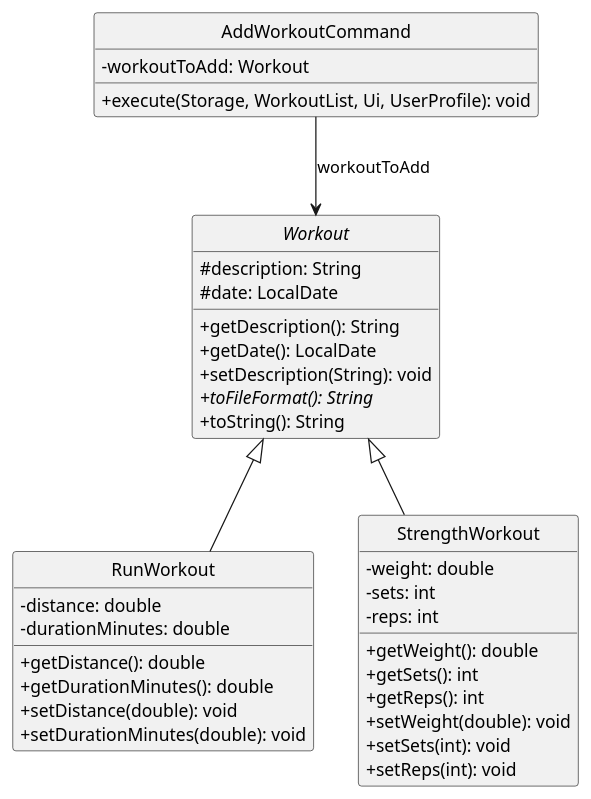
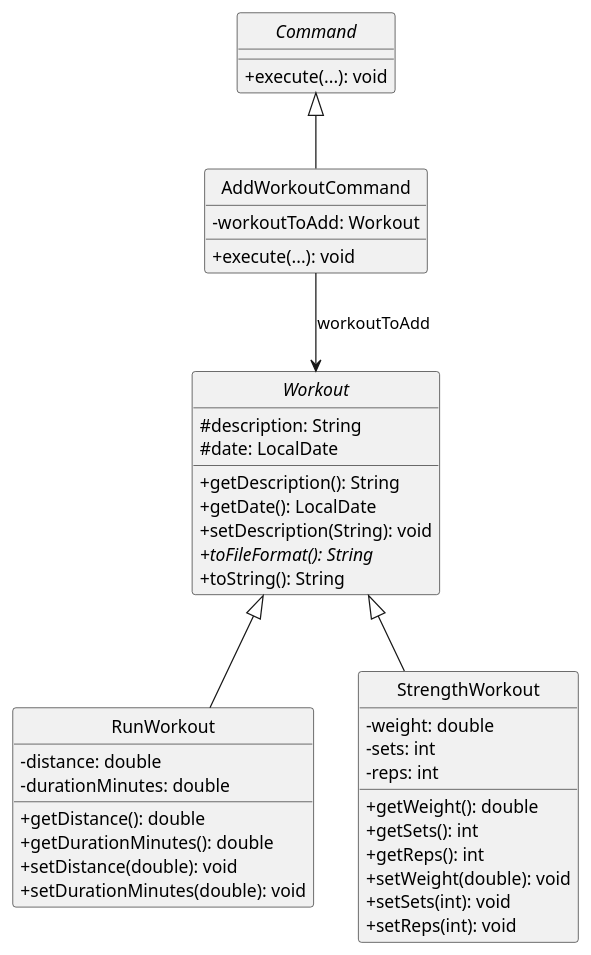
Before and after one commit to Daniel-czj/tp: the diagram in docs/diagrams/AddWorkoutClassDiagram.puml, drawn with PlantUML. The commit also changed 25 other files, not shown here.

Commit message:
Fix bugs and update related docs/diagrams

```diff
--- a/docs/diagrams/AddWorkoutClassDiagram.puml
+++ b/docs/diagrams/AddWorkoutClassDiagram.puml
@@ -1,44 +1,49 @@
 @startuml
 hide circle
 skinparam classAttributeIconSize 0
+
+abstract class Command {
+    + execute(...): void
+}
 
 abstract class Workout {
     # description: String
     # date: LocalDate
     + getDescription(): String
     + getDate(): LocalDate
     + setDescription(String): void
     + {abstract} toFileFormat(): String
     + toString(): String
 }
 
 class RunWorkout {
     - distance: double
     - durationMinutes: double
     + getDistance(): double
     + getDurationMinutes(): double
     + setDistance(double): void
     + setDurationMinutes(double): void
 }
 
 class StrengthWorkout {
     - weight: double
     - sets: int
     - reps: int
     + getWeight(): double
     + getSets(): int
     + getReps(): int
     + setWeight(double): void
     + setSets(int): void
     + setReps(int): void
 }
 
 class AddWorkoutCommand {
     - workoutToAdd: Workout
-    + execute(Storage, WorkoutList, Ui, UserProfile): void
+    + execute(...): void
 }
 
+Command <|-- AddWorkoutCommand
 Workout <|-- RunWorkout
 Workout <|-- StrengthWorkout
 AddWorkoutCommand --> Workout : workoutToAdd
 @enduml
```
